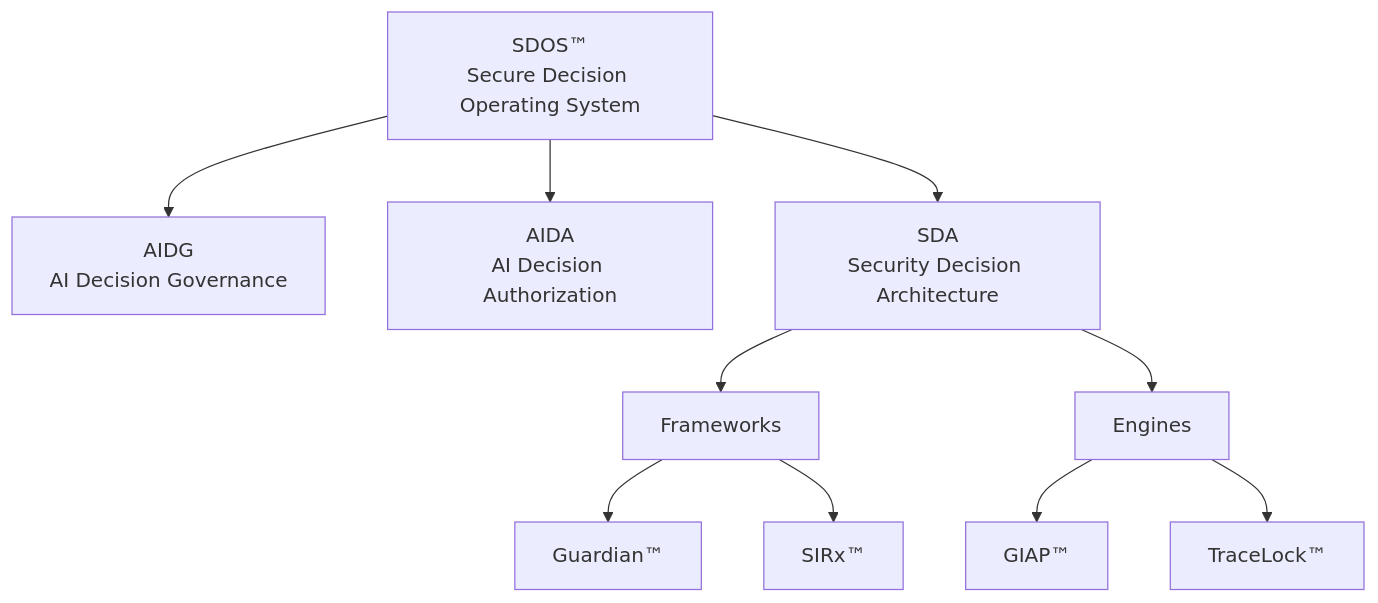
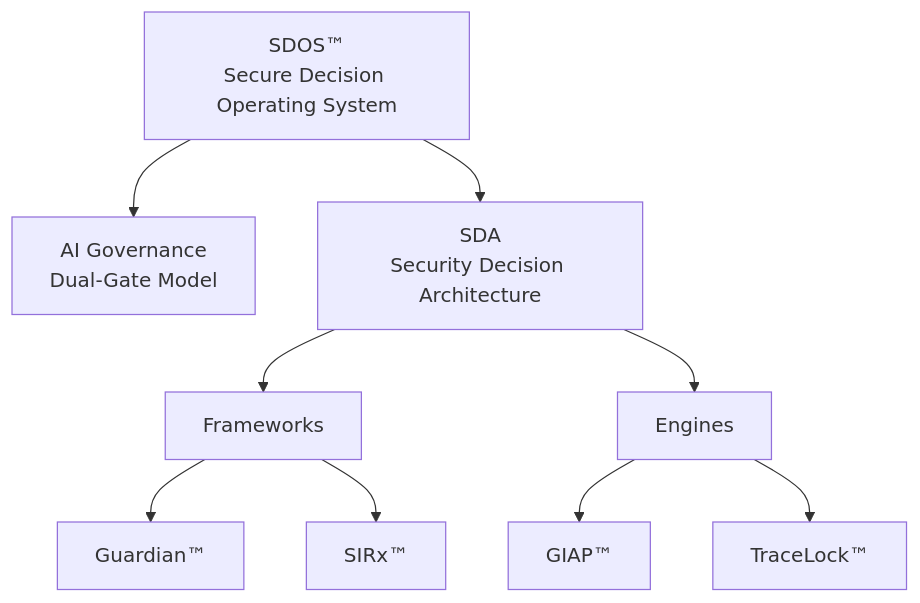
Before and after one commit to Pharns/portfolio: the diagram in docs/architecture/security-decision-architecture.md, drawn with Mermaid. The commit also changed other lines of this file and 1 other file, not shown here.

Commit message:
docs(tracelock): redact implementation specifics

````diff
--- a/docs/architecture/security-decision-architecture.md
+++ b/docs/architecture/security-decision-architecture.md
@@ -63,25 +62,23 @@
     ```mermaid
     flowchart TD
         SDOS["SDOS™<br/>Secure Decision Operating System"]
-        AIDG["AIDG<br/>AI Decision Governance"]
-        AIDA["AIDA<br/>AI Decision Authorization"]
+        AIG["AI Governance<br/>Dual-Gate Model"]
         SDA["SDA<br/>Security Decision Architecture"]
         F["Frameworks"]
         G["Guardian™"]
         S["SIRx™"]
         E["Engines"]
         GIAP["GIAP™"]
         TL["TraceLock™"]
 
-        SDOS --> AIDG
-        SDOS --> AIDA
+        SDOS --> AIG
         SDOS --> SDA
 
         F --> G
         F --> S
 
         SDA --> F
         SDA --> E
         E --> GIAP
         E --> TL
     ```
````
